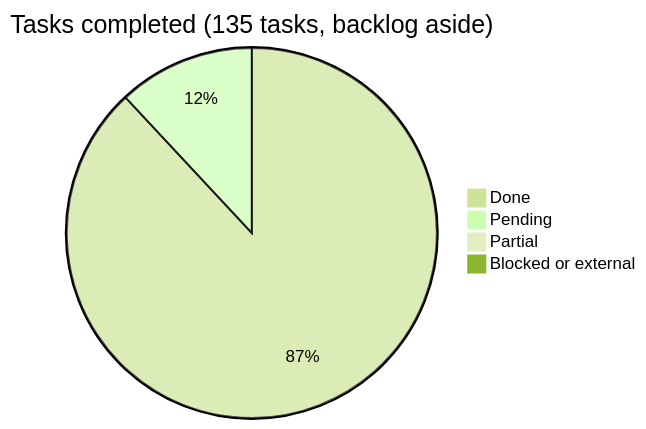
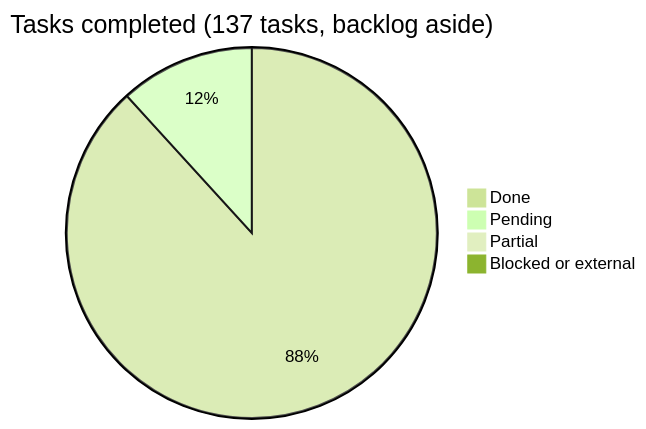
The diagram in docs/roadmap/README.md (araguaney-lat/araguaney-app), drawn with Mermaid (forest theme) before and after one commit. The commit also changed other lines of this file and 8 other files, not shown here.

````diff
--- a/docs/roadmap/README.md
+++ b/docs/roadmap/README.md
@@ -29,7 +29,7 @@
 ```mermaid
-pie title Tasks completed (135 tasks, backlog aside)
-    "Done" : 118
+pie title Tasks completed (137 tasks, backlog aside)
+    "Done" : 120
     "Pending" : 16
     "Partial" : 1
     "Blocked or external" : 0
 ```
````
